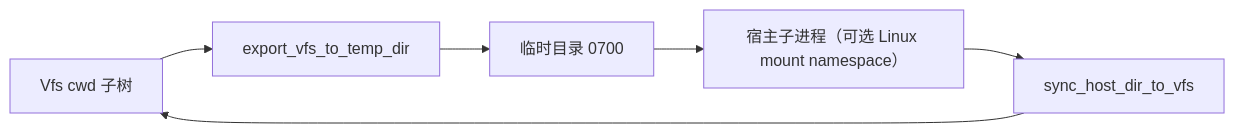
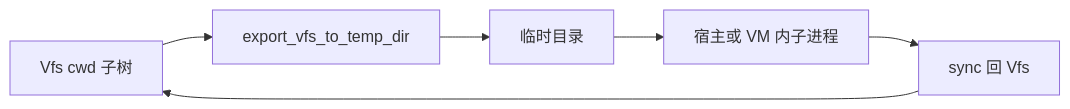
The third of 3 diagrams in docs/design.md (TangCan/xtask_todo), drawn with Mermaid before and after one commit. The commit also changed other lines of this file and 37 other files, not shown here.

````diff
--- a/docs/design.md
+++ b/docs/design.md
@@ -166,11 +157,9 @@
 ```mermaid
 flowchart LR
     VFS[Vfs cwd 子树]
     Exp[export_vfs_to_temp_dir]
-    Tmp[临时目录 0700]
-    Run[宿主子进程（可选 Linux mount namespace）]
-    Sync[sync_host_dir_to_vfs]
-    VFS --> Exp --> Tmp
-    Tmp --> Run
-    Run --> Sync --> VFS
+    Tmp[临时目录]
+    Run[宿主或 VM 内子进程]
+    Sync[sync 回 Vfs]
+    VFS --> Exp --> Tmp --> Run --> Sync --> VFS
 ```
````
